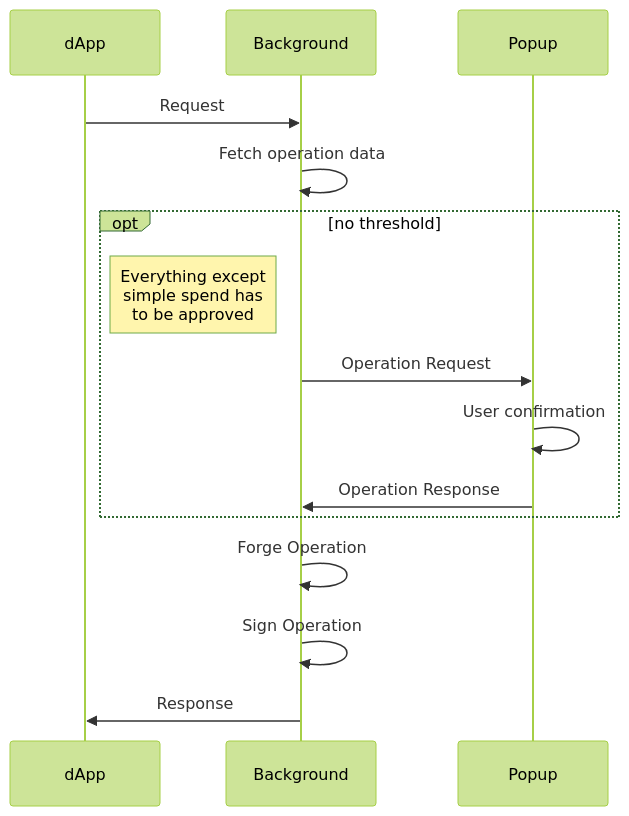
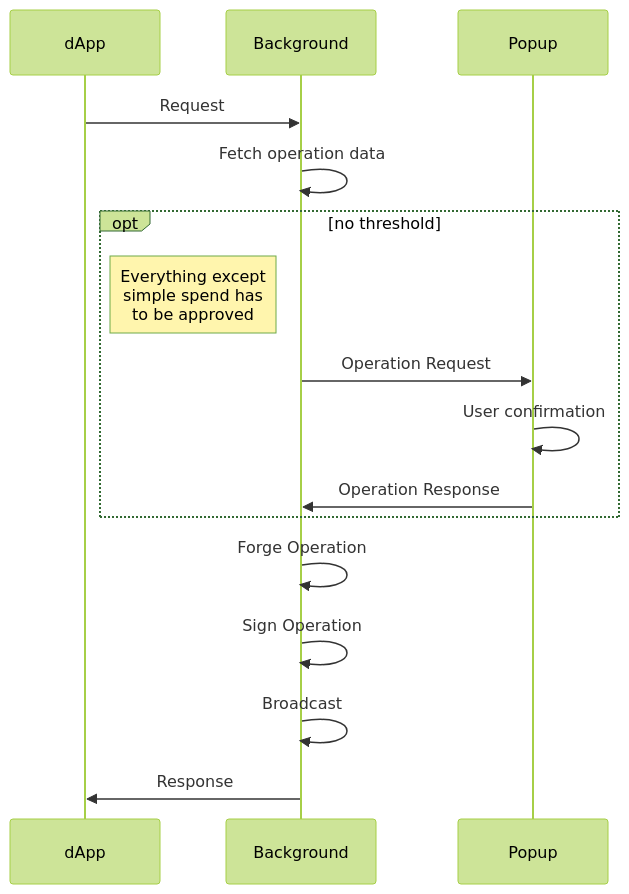
One commit to airgap-it/beacon-sdk changed the third of 5 diagrams in docs/flows/LocalMnemonic.md. Above: the diagram before and after it, drawn with Mermaid (forest theme). The commit also changed 3 other files, not shown here.

````diff
--- a/docs/flows/LocalMnemonic.md
+++ b/docs/flows/LocalMnemonic.md
@@ -29,16 +29,17 @@
 ```mermaid
 sequenceDiagram
     dApp->>Background: Request
     Background->>Background: Fetch operation data
     opt no threshold
         Note left of Background: Everything except<br/>simple spend has<br/>to be approved
         Background->>Popup: Operation Request
         Popup->>Popup: User confirmation
         Popup->>Background: Operation Response
     end
 
     Background->>Background: Forge Operation
     Background->>Background: Sign Operation
+    Background->>Background: Broadcast
 
     Background->>dApp: Response
 ```
````
